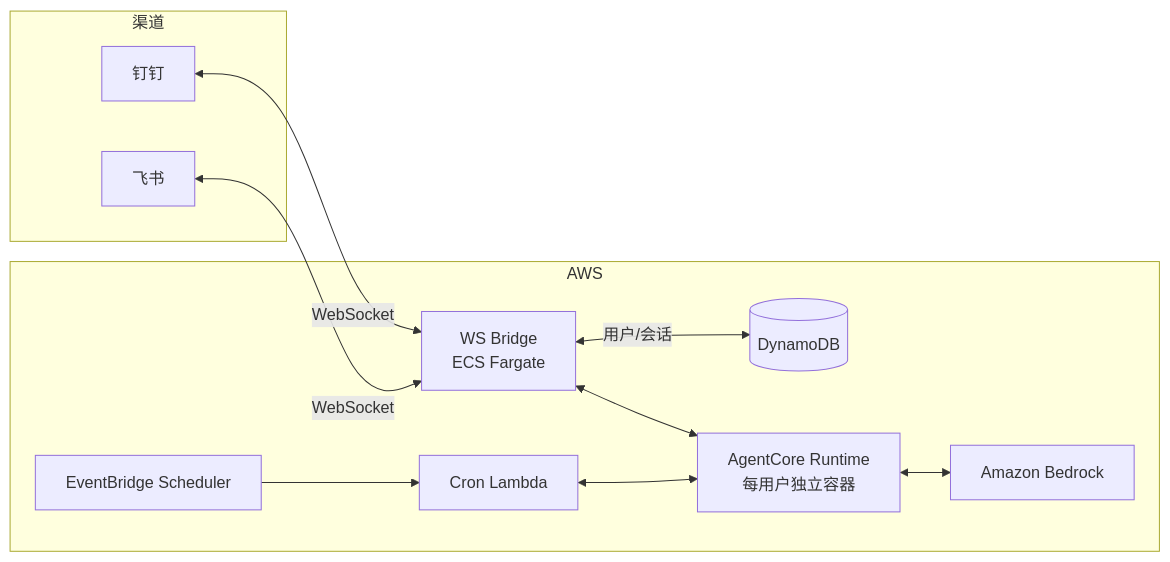
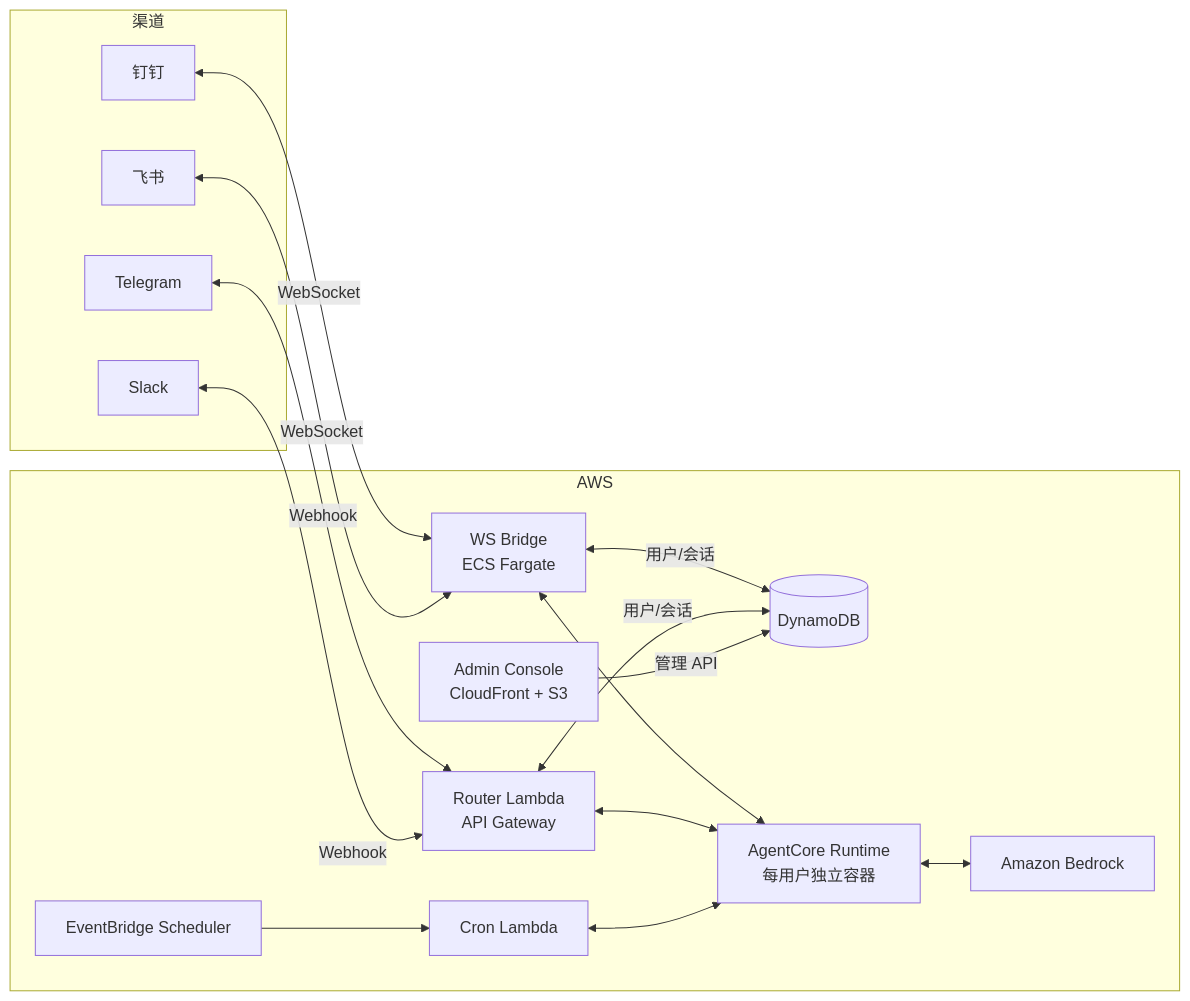
One commit to huanghang111/sample-host-openclaw-on-amazon-bedrock-agentcore changed the diagram in README中文.md. Above: the diagram before and after it, drawn with Mermaid. The commit also changed other lines of this file and 183 other files, not shown here.

First line of the commit message:
feat(admin): add Admin Console with DingTalk + Multi-Bot support

````diff
--- a/README中文.md
+++ b/README中文.md
@@ -15,21 +15,28 @@
 ```mermaid
 flowchart LR
     subgraph 渠道
         DT[钉钉]
         FS[飞书]
+        TG[Telegram]
+        SK[Slack]
     end
 
     subgraph AWS
         DDB[(DynamoDB)]
         AGENT[AgentCore Runtime<br/>每用户独立容器]
         BEDROCK[Amazon Bedrock]
         CRON[EventBridge Scheduler]
         CRONLAMBDA[Cron Lambda]
         WSBRIDGE[WS Bridge<br/>ECS Fargate]
+        ROUTER[Router Lambda<br/>API Gateway]
+        ADMIN[Admin Console<br/>CloudFront + S3]
     end
 
     DT & FS <-->|WebSocket| WSBRIDGE
+    TG & SK <-->|Webhook| ROUTER
     WSBRIDGE <-->|用户/会话| DDB
-    WSBRIDGE <--> AGENT <--> BEDROCK
+    ROUTER <-->|用户/会话| DDB
+    WSBRIDGE & ROUTER <--> AGENT <--> BEDROCK
     CRON --> CRONLAMBDA <--> AGENT
+    ADMIN -->|管理 API| DDB
 ```
````
